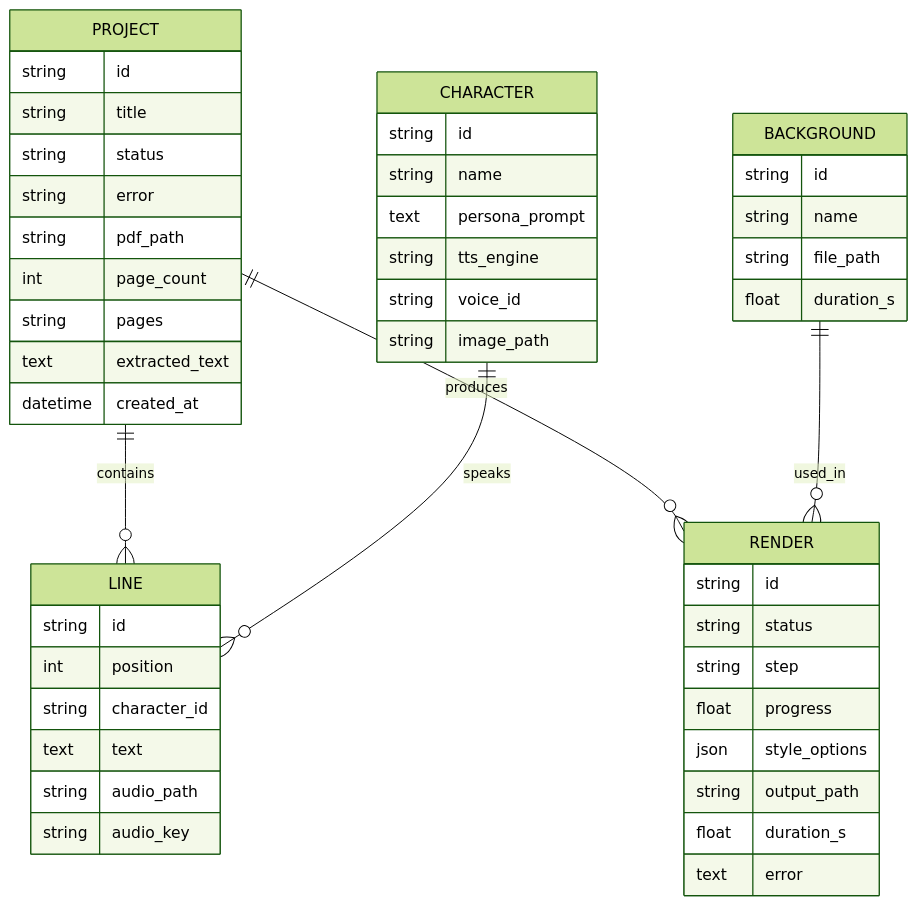
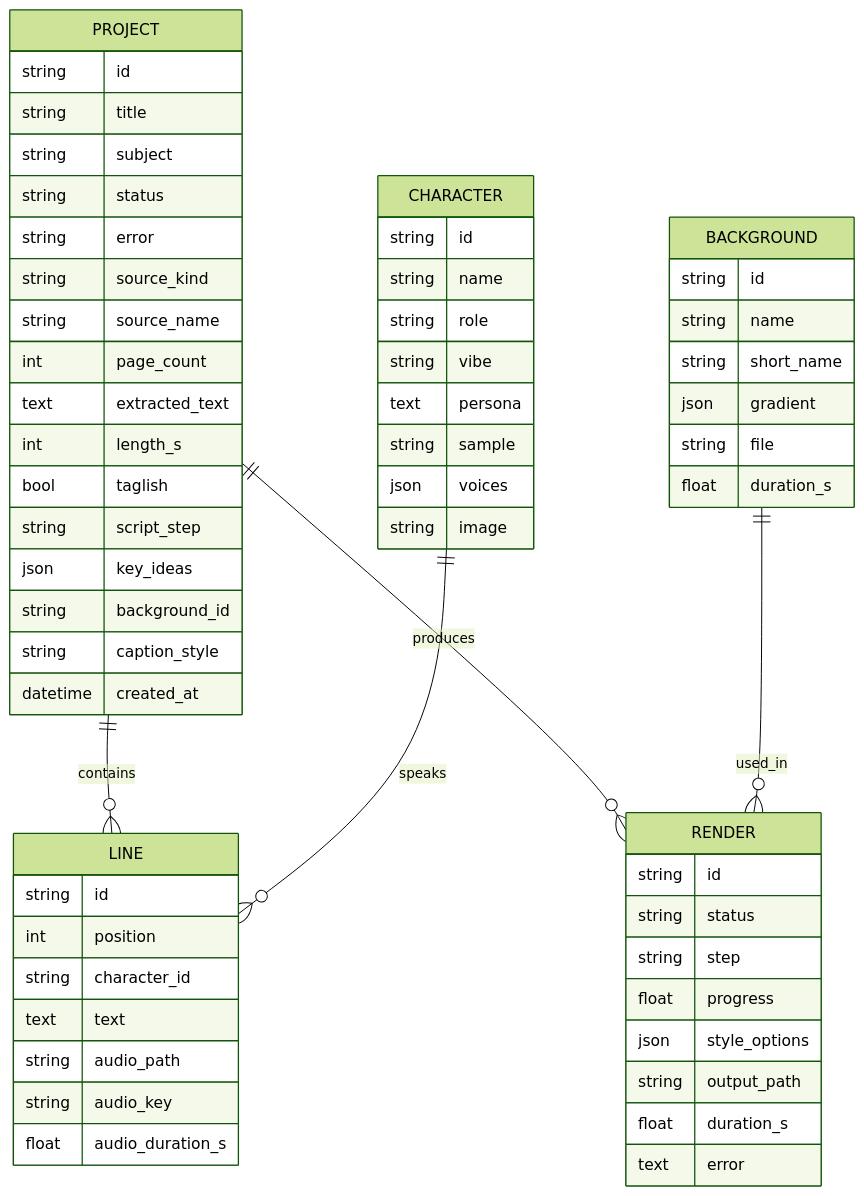
Before and after one commit to BACKD00R-Thesis/AppBuildersPH: the third of 3 diagrams in docs/architecture.md, drawn with Mermaid (forest theme). The commit also changed other lines of this file and 165 other files, not shown here.

````diff
--- a/docs/architecture.md
+++ b/docs/architecture.md
@@ -148,51 +158,63 @@
 ```mermaid
 erDiagram
   PROJECT ||--o{ LINE : contains
   PROJECT ||--o{ RENDER : produces
   CHARACTER ||--o{ LINE : speaks
   BACKGROUND ||--o{ RENDER : used_in
 
   PROJECT {
     string id
     string title
+    string subject
     string status
     string error
-    string pdf_path
+    string source_kind
+    string source_name
     int page_count
-    string pages
     text extracted_text
+    int length_s
+    bool taglish
+    string script_step
+    json key_ideas
+    string background_id
+    string caption_style
     datetime created_at
   }
   LINE {
     string id
     int position
     string character_id
     text text
     string audio_path
     string audio_key
+    float audio_duration_s
   }
   CHARACTER {
     string id
     string name
-    text persona_prompt
-    string tts_engine
-    string voice_id
-    string image_path
+    string role
+    string vibe
+    text persona
+    string sample
+    json voices
+    string image
   }
   BACKGROUND {
     string id
     string name
-    string file_path
+    string short_name
+    json gradient
+    string file
     float duration_s
   }
   RENDER {
     string id
     string status
     string step
     float progress
     json style_options
     string output_path
     float duration_s
     text error
   }
 ```
````
